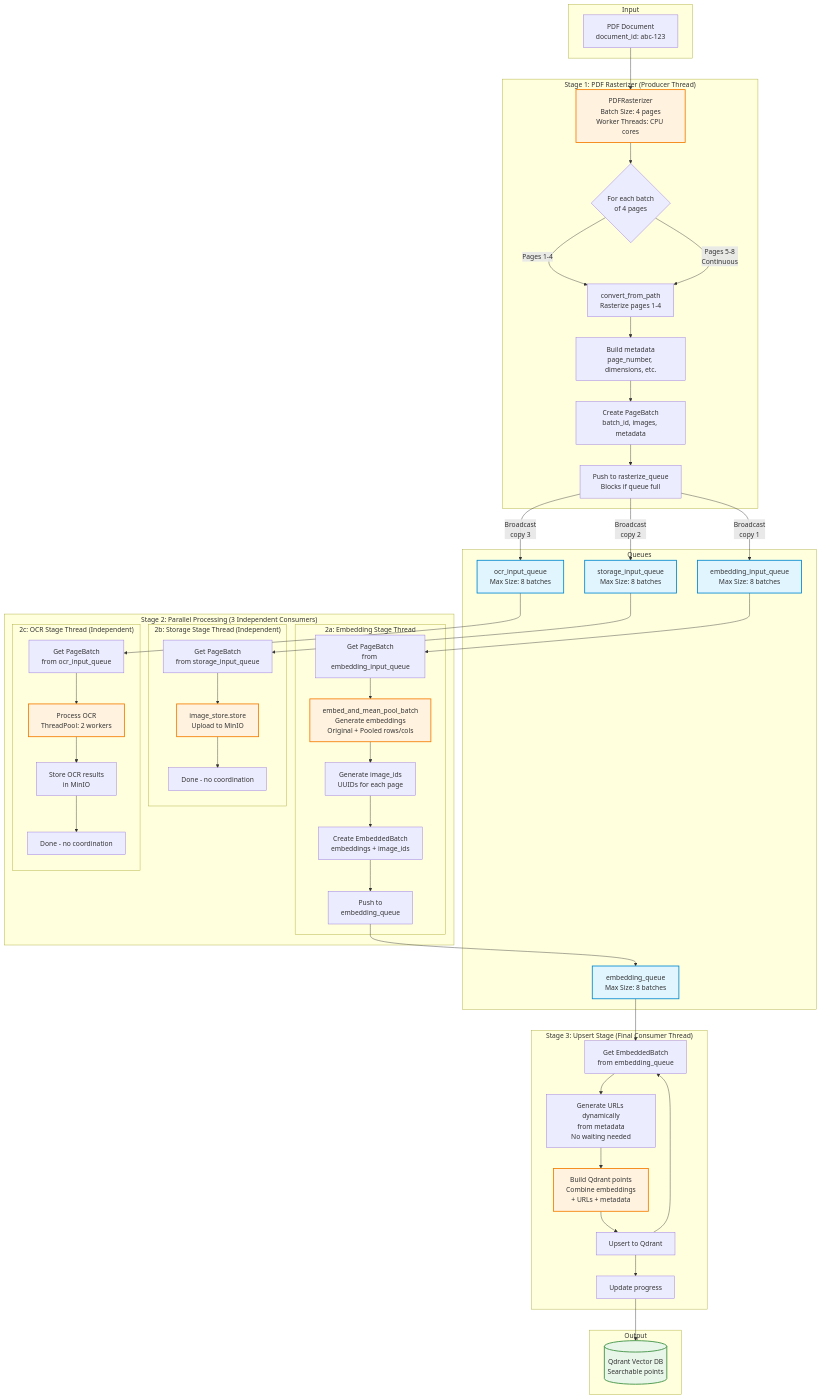
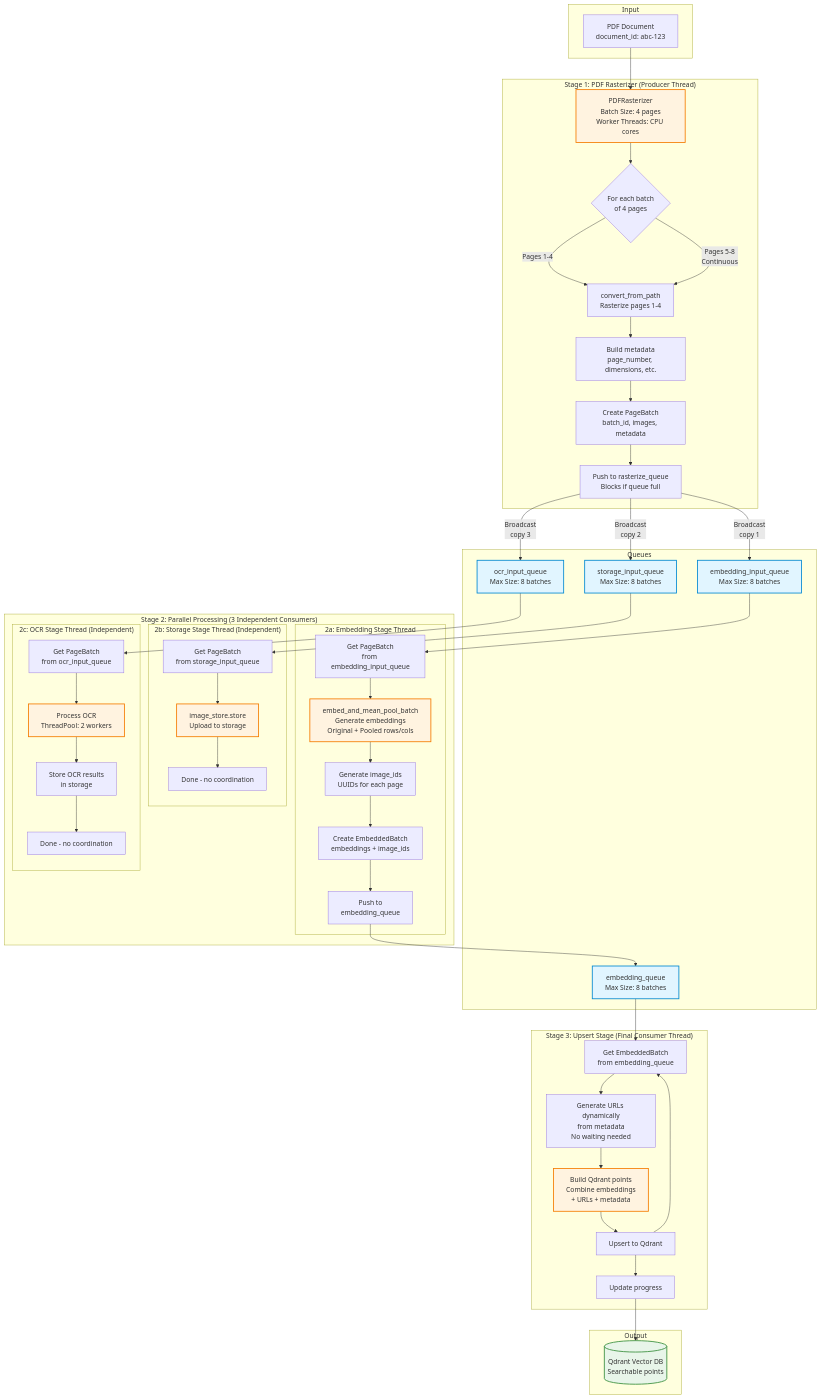
One commit to athrael-soju/Snappy changed the diagram in backend/docs/pipeline.md. Above: the diagram before and after it, drawn with Mermaid. The commit also changed other lines of this file and 33 other files, not shown here.

First line of the commit message:
refactor: remove MinIO references and replace with local storage

```diff
--- a/backend/docs/pipeline.md
+++ b/backend/docs/pipeline.md
@@ -287,14 +287,14 @@
 
         subgraph "2b: Storage Stage Thread (Independent)"
             STOR_GET[Get PageBatch<br/>from storage_input_queue]
-            STOR_PROC[image_store.store<br/>Upload to MinIO]
+            STOR_PROC[image_store.store<br/>Upload to storage]
             STOR_DONE[Done - no coordination]
         end
 
         subgraph "2c: OCR Stage Thread (Independent)"
             OCR_GET[Get PageBatch<br/>from ocr_input_queue]
             OCR_PROC[Process OCR<br/>ThreadPool: 2 workers]
-            OCR_STOR[Store OCR results<br/>in MinIO]
+            OCR_STOR[Store OCR results<br/>in storage]
             OCR_DONE[Done - no coordination]
         end
     end
```
